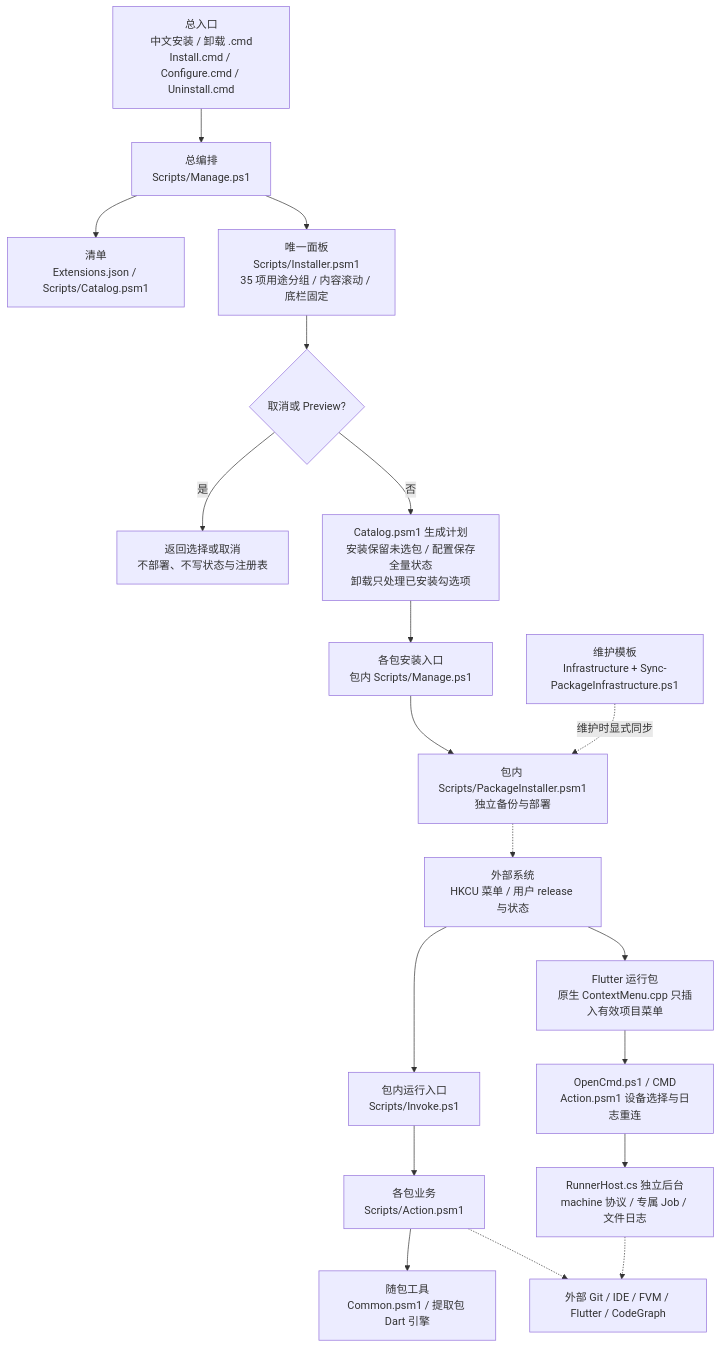
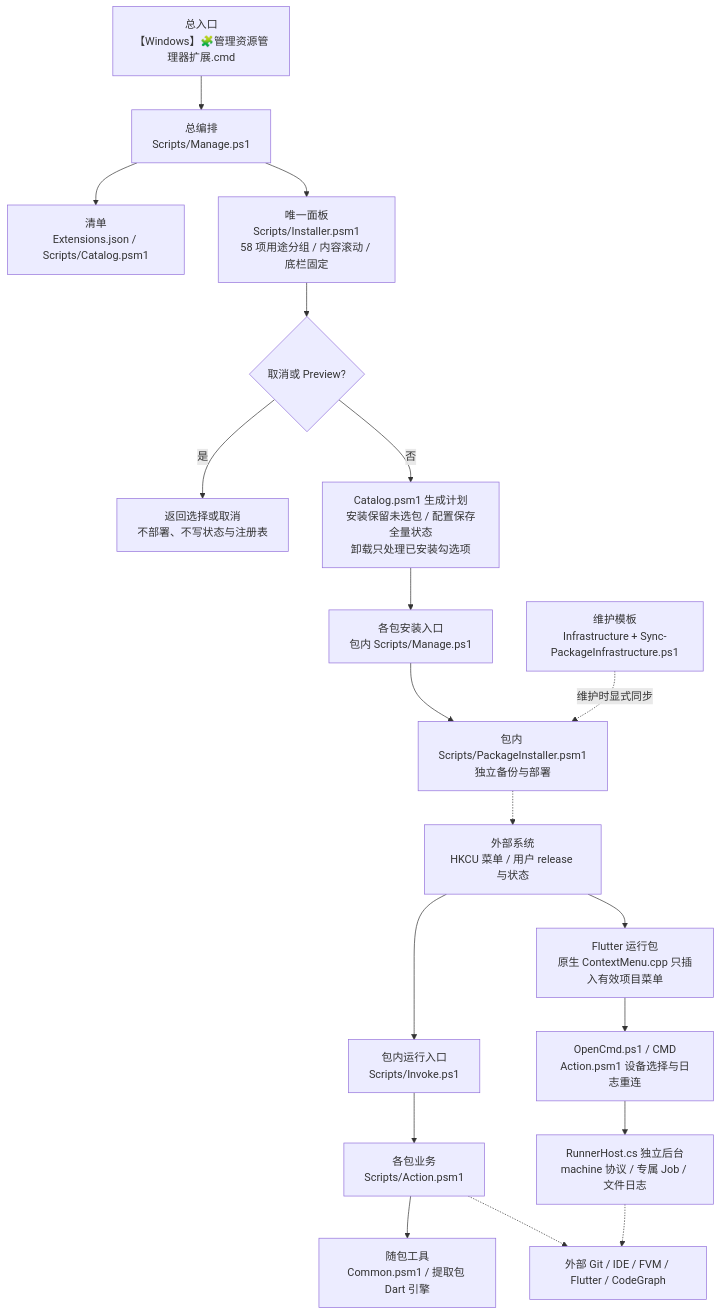
One commit to JobsKits/WindowsOS_Extension changed the first of 3 diagrams in README.md. Above: the diagram before and after it, drawn with Mermaid. The commit also changed other lines of this file and 453 other files, not shown here.

````diff
--- a/README.md
+++ b/README.md
@@ -567,21 +524,21 @@
 ```mermaid
 flowchart TD
-    A["总入口<br/>中文安装 / 卸载 .cmd<br/>Install.cmd / Configure.cmd / Uninstall.cmd"] --> B["总编排<br/>Scripts/Manage.ps1"]
+    A["总入口<br/>【Windows】🧩管理资源管理器扩展.cmd"] --> B["总编排<br/>Scripts/Manage.ps1"]
     B --> C["清单<br/>Extensions.json / Scripts/Catalog.psm1"]
-    B --> D["唯一面板<br/>Scripts/Installer.psm1<br/>35 项用途分组 / 内容滚动 / 底栏固定"]
+    B --> D["唯一面板<br/>Scripts/Installer.psm1<br/>58 项用途分组 / 内容滚动 / 底栏固定"]
     D --> P{"取消或 Preview?"}
     P -->|是| Q["返回选择或取消<br/>不部署、不写状态与注册表"]
     P -->|否| R["Catalog.psm1 生成计划<br/>安装保留未选包 / 配置保存全量状态<br/>卸载只处理已安装勾选项"]
     R --> E["各包安装入口<br/>包内 Scripts/Manage.ps1"]
     E --> F["包内 Scripts/PackageInstaller.psm1<br/>独立备份与部署"]
     F -.-> G["外部系统<br/>HKCU 菜单 / 用户 release 与状态"]
     G --> H["包内运行入口<br/>Scripts/Invoke.ps1"]
     H --> I["各包业务<br/>Scripts/Action.psm1"]
     I --> J["随包工具<br/>Common.psm1 / 提取包 Dart 引擎"]
     I -.-> K["外部 Git / IDE / FVM / Flutter / CodeGraph"]
     G --> N["Flutter 运行包<br/>原生 ContextMenu.cpp 只插入有效项目菜单"]
     N --> O["OpenCmd.ps1 / CMD<br/>Action.psm1 设备选择与日志重连"]
     O --> T["RunnerHost.cs 独立后台<br/>machine 协议 / 专属 Job / 文件日志"]
     T -.-> K
     L["维护模板<br/>Infrastructure + Sync-PackageInfrastructure.ps1"] -.->|维护时显式同步| F
 ```
````
